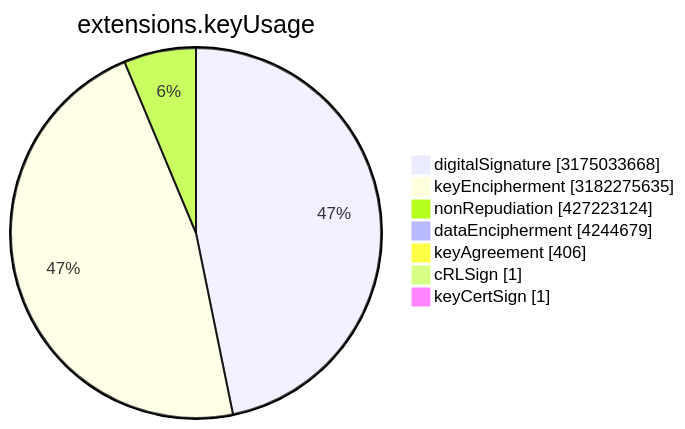
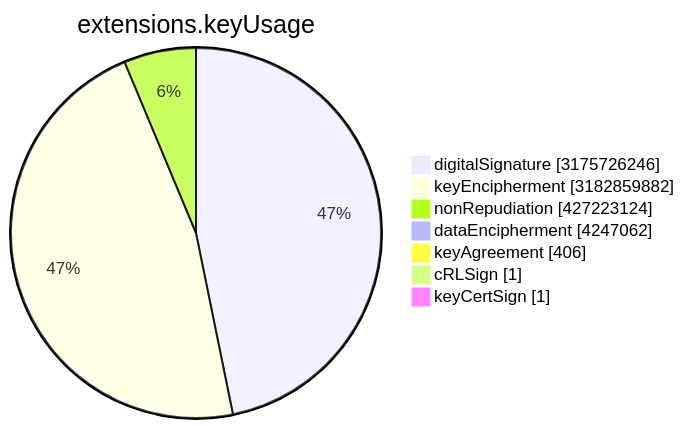
The sixth of 15 diagrams in TOTAL/README.md (christiankrug/ctmonitor_visualization), drawn with Mermaid before and after one commit. The commit also changed other lines of this file, not shown here.

````diff
--- a/TOTAL/README.md
+++ b/TOTAL/README.md
@@ -3077,11 +3077,11 @@
 ```mermaid
 pie showData
 title extensions.keyUsage
-"digitalSignature" :3175033668
-"keyEncipherment" :3182275635
+"digitalSignature" :3175726246
+"keyEncipherment" :3182859882
 "nonRepudiation" :427223124
-"dataEncipherment" :4244679
+"dataEncipherment" :4247062
 "keyAgreement" :406
 "cRLSign" :1
 "keyCertSign" :1
 ```
````
